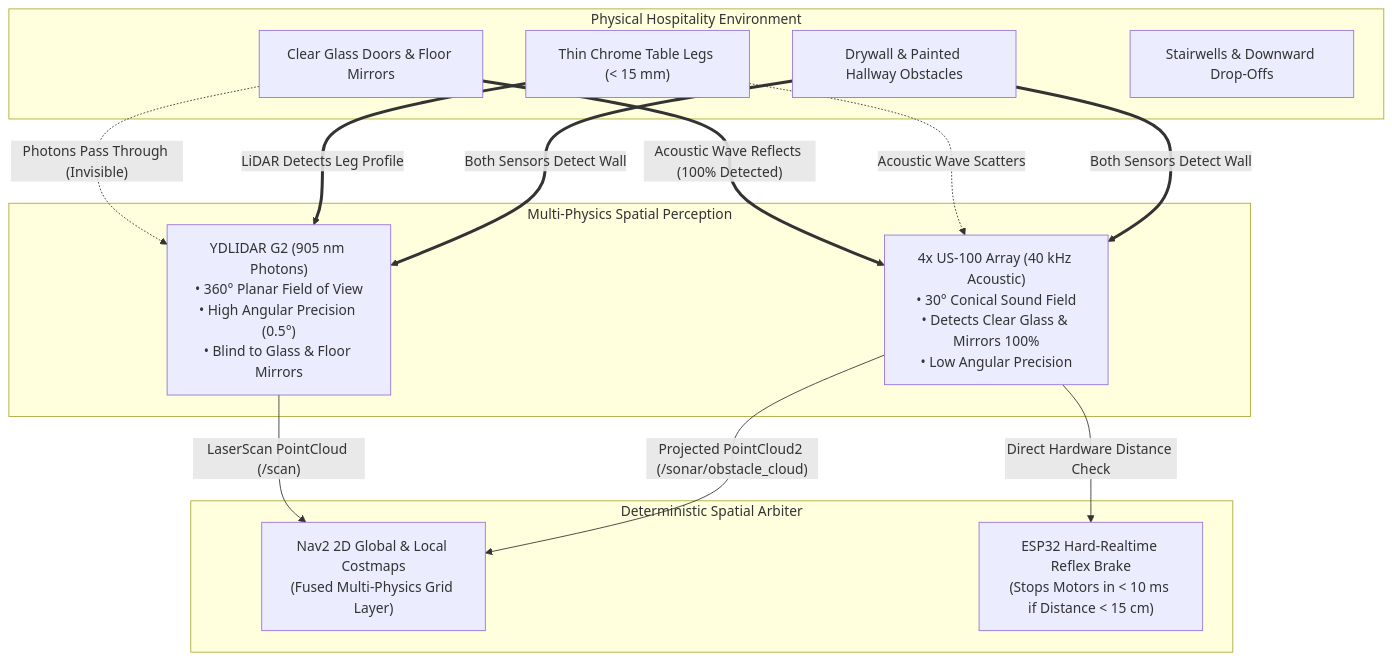
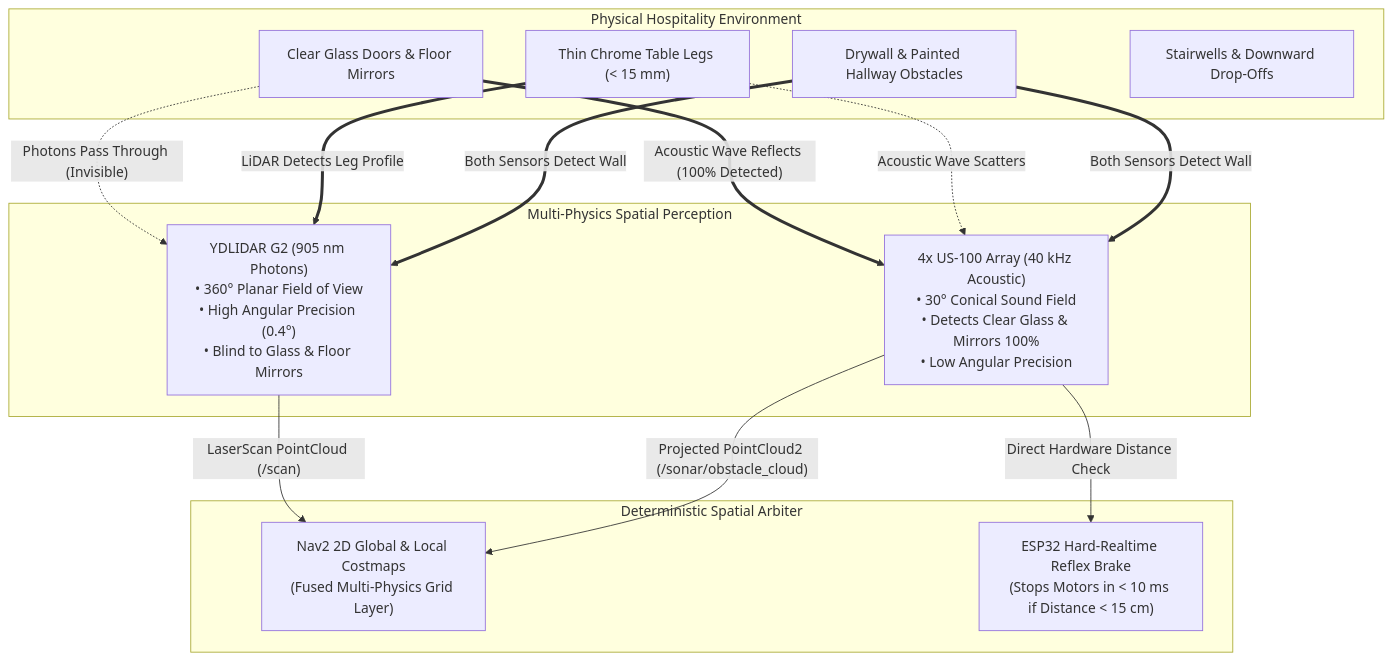
Before and after one commit to namanharshwal/Hotel_Serving_Robot: the fifth of 5 diagrams in README.md, drawn with Mermaid. The commit also changed other lines of this file, not shown here.

````diff
--- a/README.md
+++ b/README.md
@@ -316,29 +325,29 @@
 ```mermaid
 flowchart TD
     subgraph ENVIRONMENT ["Physical Hospitality Environment"]
         GLASS["Clear Glass Doors & Floor Mirrors"]
         CHAIR["Thin Chrome Table Legs (< 15 mm)"]
         WALL["Drywall & Painted Hallway Obstacles"]
         DROP["Stairwells & Downward Drop-Offs"]
     end
 
     subgraph SENSORS ["Multi-Physics Spatial Perception"]
-        LIDAR_S["YDLIDAR G2 (905 nm Photons)<br/>• 360° Planar Field of View<br/>• High Angular Precision (0.5°)<br/>• Blind to Glass & Floor Mirrors"]
+        LIDAR_S["YDLIDAR G2 (905 nm Photons)<br/>• 360° Planar Field of View<br/>• High Angular Precision (0.4°)<br/>• Blind to Glass & Floor Mirrors"]
         SONAR_S["4x US-100 Array (40 kHz Acoustic)<br/>• 30° Conical Sound Field<br/>• Detects Clear Glass & Mirrors 100%<br/>• Low Angular Precision"]
     end
 
     subgraph FUSION ["Deterministic Spatial Arbiter"]
         COSTMAP["Nav2 2D Global & Local Costmaps<br/>(Fused Multi-Physics Grid Layer)"]
         REFLEX_STOP["ESP32 Hard-Realtime Reflex Brake<br/>(Stops Motors in < 10 ms if Distance < 15 cm)"]
     end
 
     GLASS -.->|"Photons Pass Through (Invisible)"| LIDAR_S
     GLASS ==>|"Acoustic Wave Reflects (100% Detected)"| SONAR_S
     CHAIR ==>|"LiDAR Detects Leg Profile"| LIDAR_S
     CHAIR -.->|"Acoustic Wave Scatters"| SONAR_S
     WALL ==>|"Both Sensors Detect Wall"| LIDAR_S & SONAR_S
 
     LIDAR_S -->|"LaserScan PointCloud (/scan)"| COSTMAP
     SONAR_S -->|"Projected PointCloud2 (/sonar/obstacle_cloud)"| COSTMAP
     SONAR_S -->|"Direct Hardware Distance Check"| REFLEX_STOP
 ```
````
